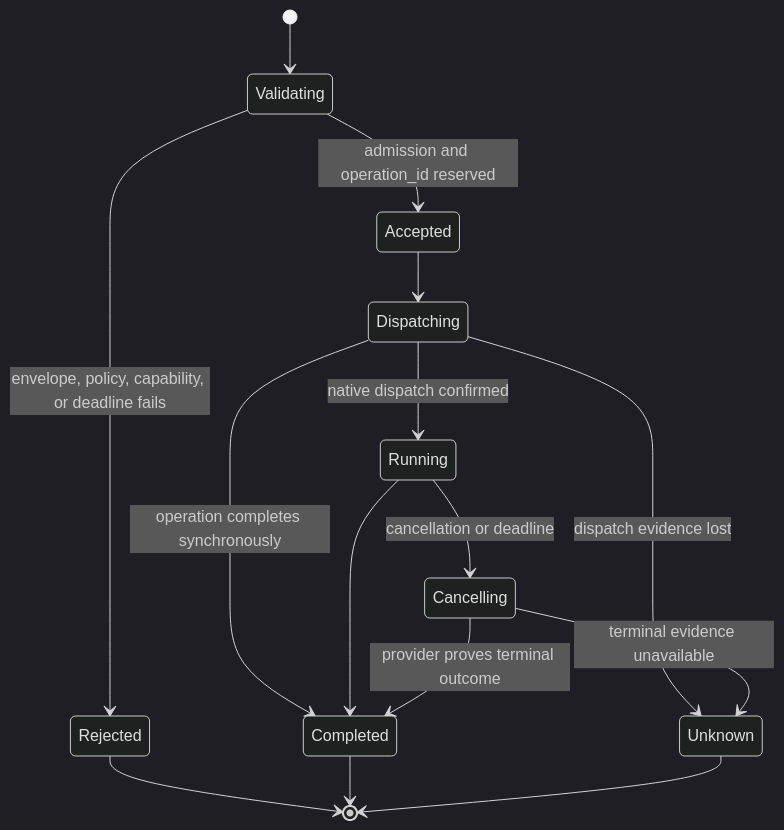
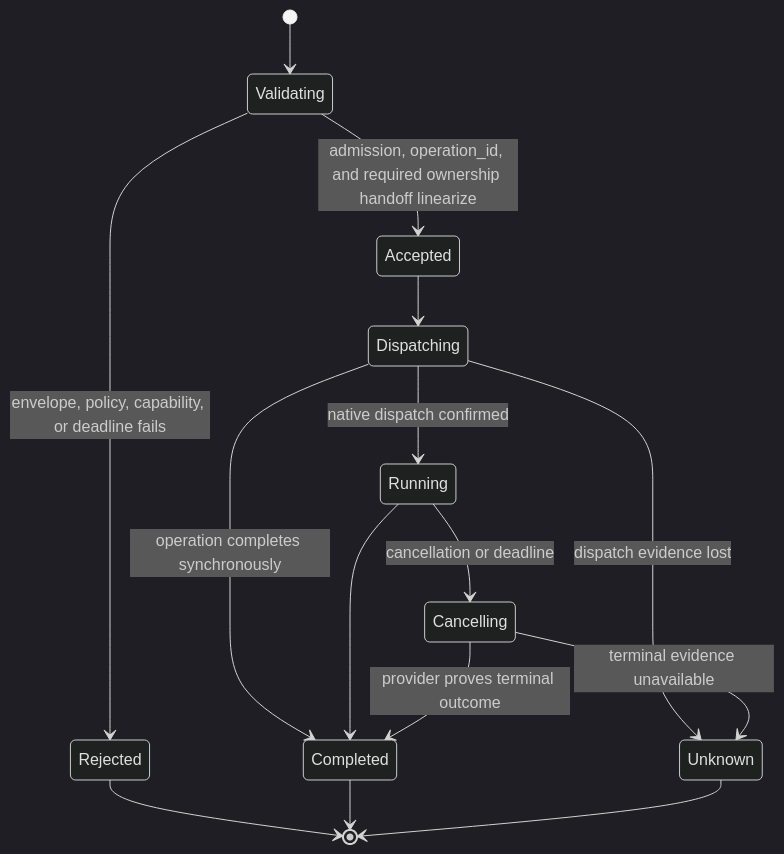
Before and after one commit to LTThreeComma/agent-foundation: the diagram in spec/agent-envd/02-eip-protocol.md, drawn with Mermaid (dark theme). The commit also changed other lines of this file and 12 other files, not shown here.

````diff
--- a/spec/agent-envd/02-eip-protocol.md
+++ b/spec/agent-envd/02-eip-protocol.md
@@ -226,17 +255,17 @@
 ```mermaid
 stateDiagram-v2
     [*] --> Validating
     Validating --> Rejected: envelope, policy, capability, or deadline fails
-    Validating --> Accepted: admission and operation_id reserved
+    Validating --> Accepted: admission, operation_id, and required ownership handoff linearize
     Accepted --> Dispatching
     Dispatching --> Running: native dispatch confirmed
     Dispatching --> Completed: operation completes synchronously
     Dispatching --> Unknown: dispatch evidence lost
     Running --> Completed
     Running --> Cancelling: cancellation or deadline
     Cancelling --> Completed: provider proves terminal outcome
     Cancelling --> Unknown: terminal evidence unavailable
     Rejected --> [*]
     Completed --> [*]
     Unknown --> [*]
 ```
````
